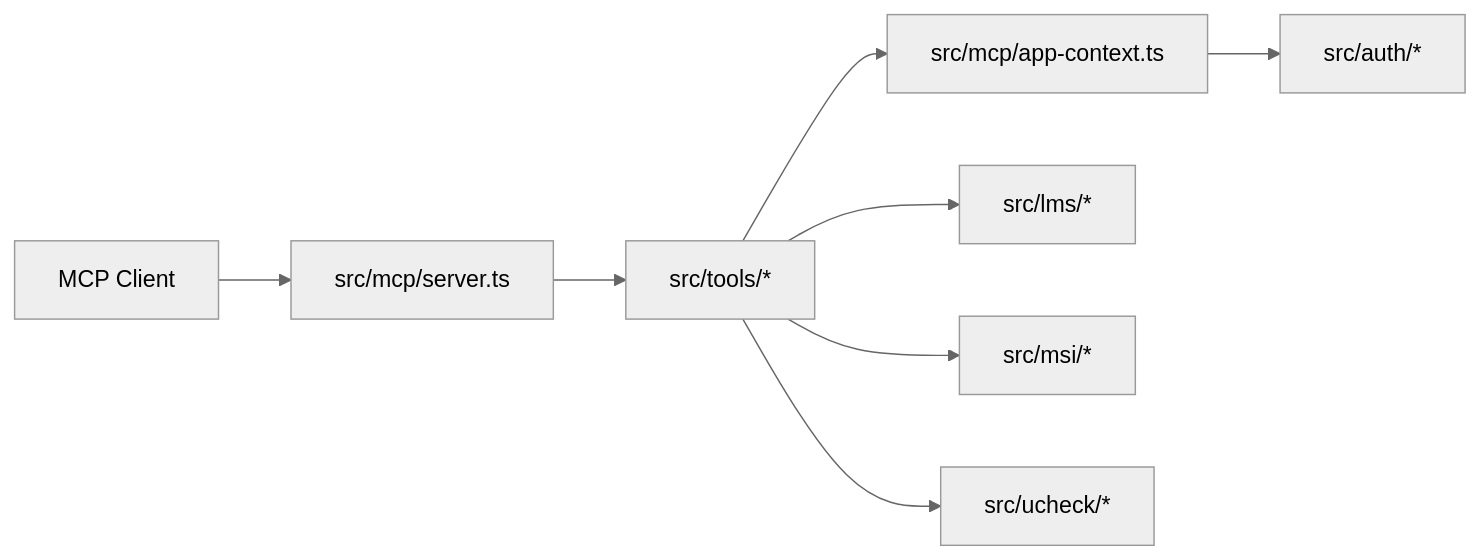
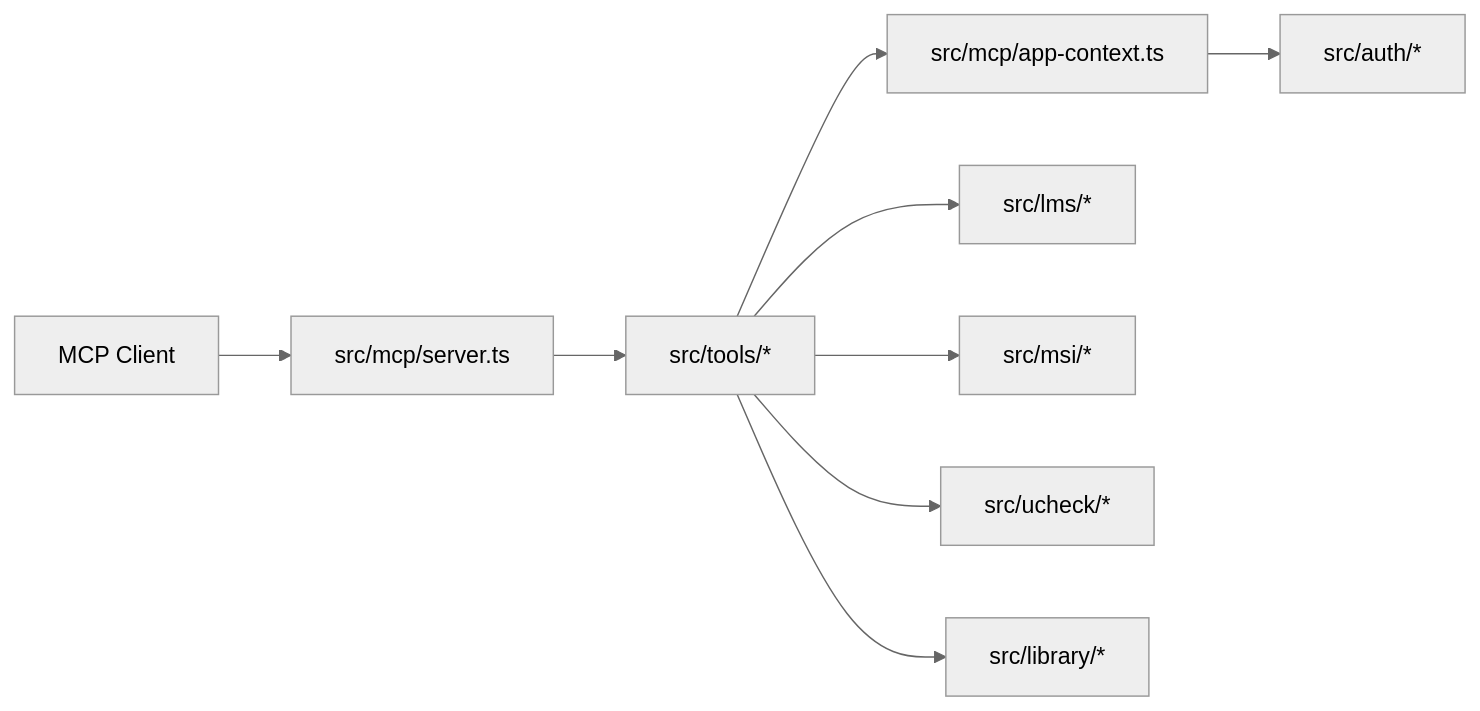
One commit to university-claw/mju-mcp changed the diagram in docs/architecture.md. Above: the diagram before and after it, drawn with Mermaid (neutral theme). The commit also changed other lines of this file and 5 other files, not shown here.

````diff
--- a/docs/architecture.md
+++ b/docs/architecture.md
@@ -7,10 +7,11 @@
 ```mermaid
 flowchart LR
     User["MCP Client"] --> Server["src/mcp/server.ts"]
     Server --> Tools["src/tools/*"]
     Tools --> Context["src/mcp/app-context.ts"]
     Context --> Auth["src/auth/*"]
     Tools --> LMS["src/lms/*"]
     Tools --> MSI["src/msi/*"]
     Tools --> UCheck["src/ucheck/*"]
+    Tools --> Library["src/library/*"]
 ```
````
